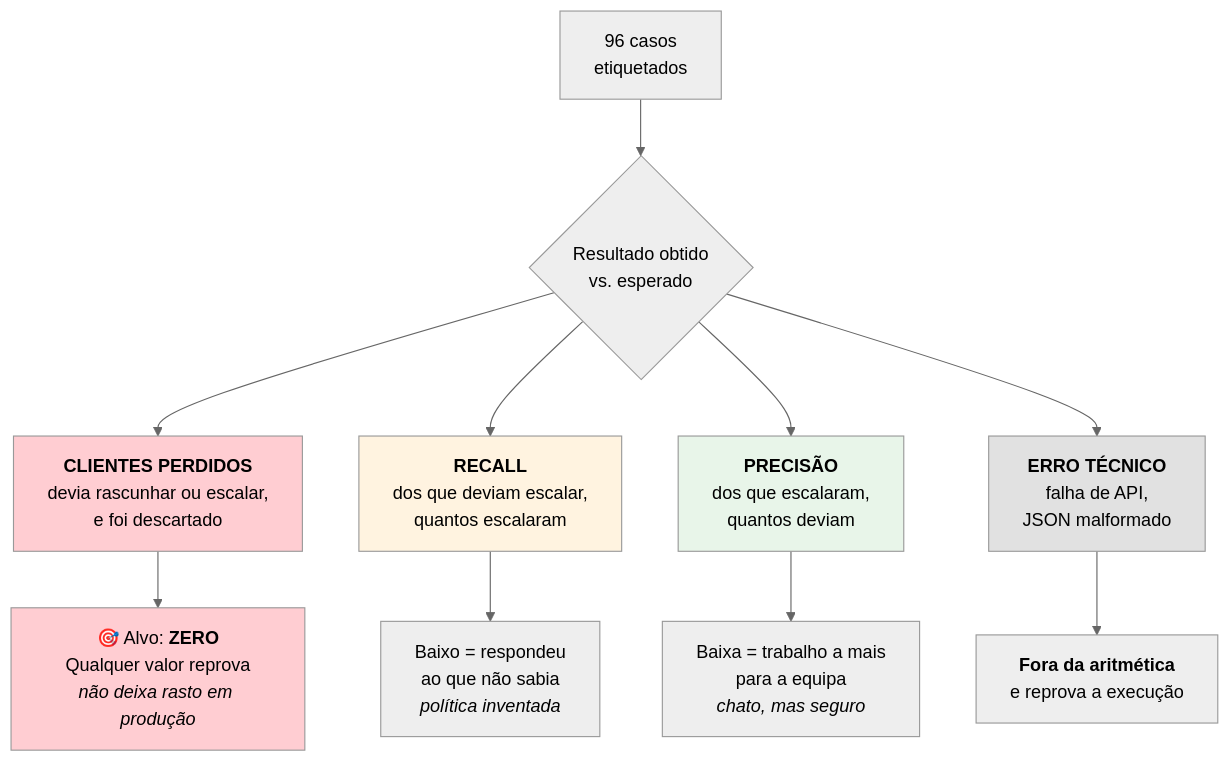
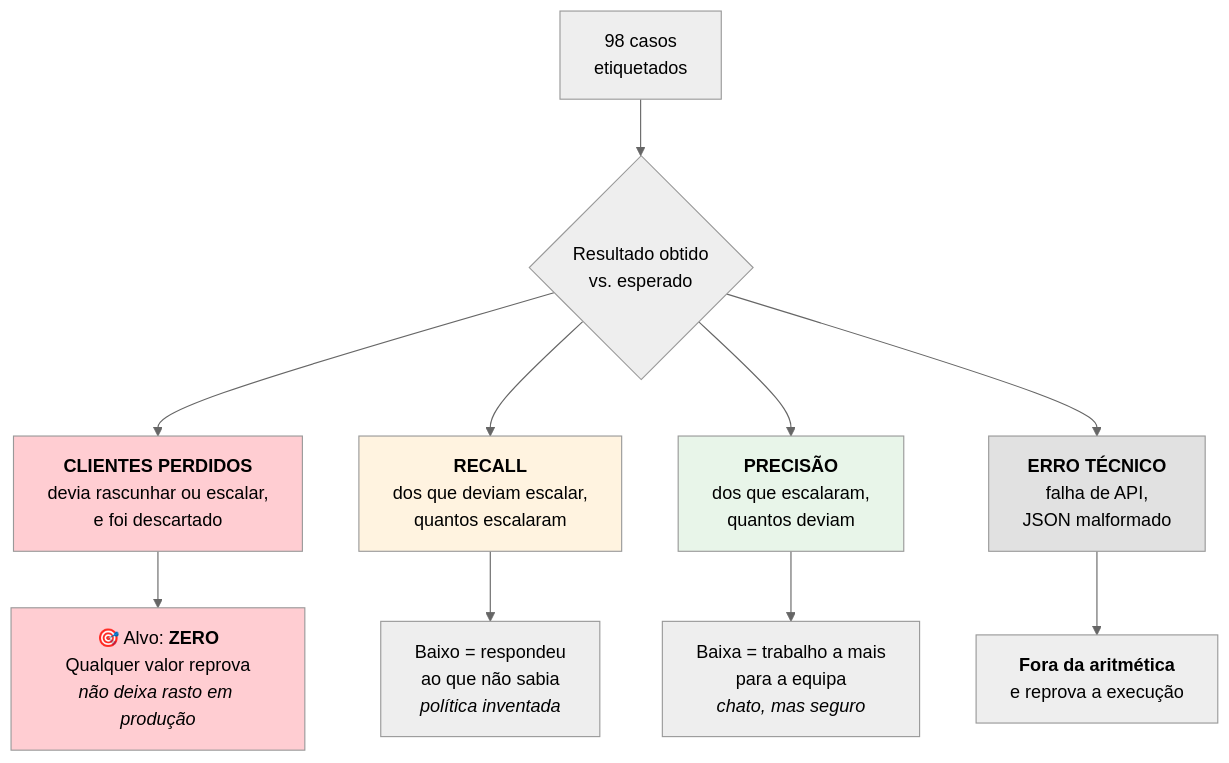
Before and after one commit to joaocarvalhini/Outlook-Reply-Assistant: the diagram in docs/05-reliability/evaluation.md, drawn with Mermaid (neutral theme). The commit also changed other lines of this file and 9 other files, not shown here.

````diff
--- a/docs/05-reliability/evaluation.md
+++ b/docs/05-reliability/evaluation.md
@@ -24,20 +24,20 @@
 ```mermaid
 flowchart TD
-    A["96 casos<br/>etiquetados"] --> B{"Resultado obtido<br/>vs. esperado"}
+    A["98 casos<br/>etiquetados"] --> B{"Resultado obtido<br/>vs. esperado"}
 
     B --> C["<b>CLIENTES PERDIDOS</b><br/>devia rascunhar ou escalar,<br/>e foi descartado"]
     B --> D["<b>RECALL</b><br/>dos que deviam escalar,<br/>quantos escalaram"]
     B --> E["<b>PRECISÃO</b><br/>dos que escalaram,<br/>quantos deviam"]
     B --> F["<b>ERRO TÉCNICO</b><br/>falha de API,<br/>JSON malformado"]
 
     C --> C1["🎯 Alvo: <b>ZERO</b><br/>Qualquer valor reprova<br/><i>não deixa rasto em produção</i>"]
     D --> D1["Baixo = respondeu<br/>ao que não sabia<br/><i>política inventada</i>"]
     E --> E1["Baixa = trabalho a mais<br/>para a equipa<br/><i>chato, mas seguro</i>"]
     F --> F1["<b>Fora da aritmética</b><br/>e reprova a execução"]
 
     style C fill:#ffcdd2
     style C1 fill:#ffcdd2
     style D fill:#fff3e0
     style E fill:#e8f5e9
     style F fill:#e1e1e1
 ```
````
